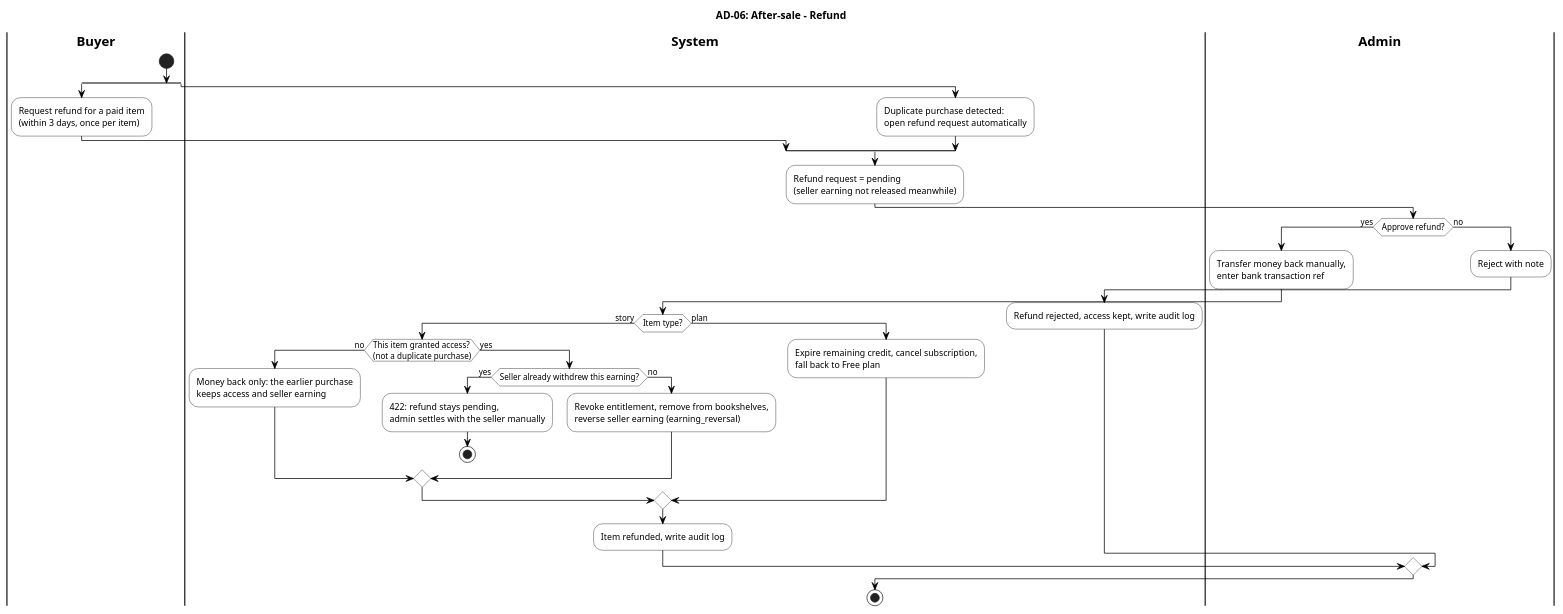
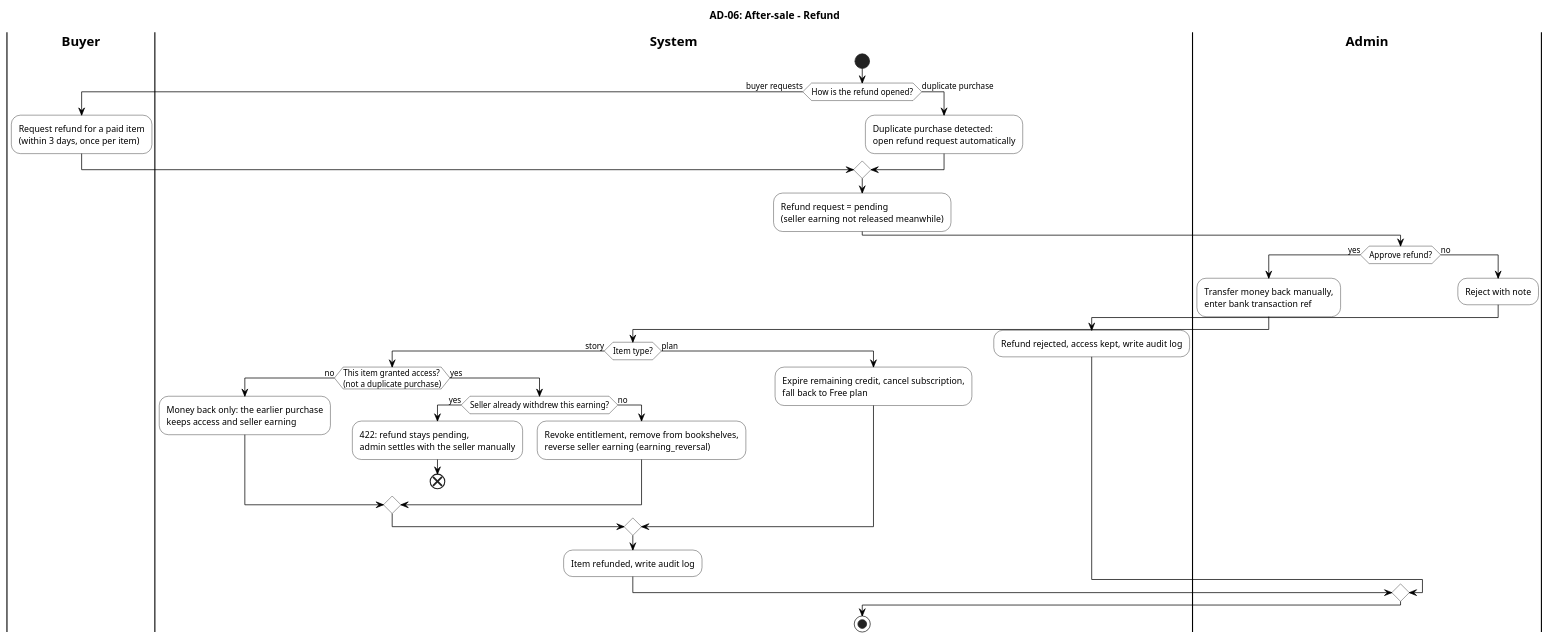
The diagram in docs/diagrams/activity/AD-06-refund.puml (SEP490-GFA26SE186/BE), drawn with PlantUML before and after one commit. The commit also changed 10 other files, not shown here.

First line of the commit message:
Refactor refund activity diagrams for clarity and consistency

```diff
--- a/docs/diagrams/activity/AD-06-refund.puml
+++ b/docs/diagrams/activity/AD-06-refund.puml
@@ -1,54 +1,55 @@
 @startuml AD-06-refund
 title AD-06: After-sale - Refund
 skinparam defaultFontName Arial
 skinparam shadowing false
 skinparam ArrowColor #000000
 skinparam ActivityBackgroundColor #FFFFFF
 skinparam ActivityBorderColor #000000
 skinparam ActivityDiamondBackgroundColor #FFFFFF
 skinparam ActivityDiamondBorderColor #000000
 skinparam SwimlaneBorderColor #000000
 skinparam SwimlaneTitleFontStyle bold
 
 |Buyer|
 |System|
 |Admin|
 
-|Buyer|
+|System|
 start
-split
+if (How is the refund opened?) then (buyer requests)
   |Buyer|
   :Request refund for a paid item\n(within 3 days, once per item);
-split again
+else (duplicate purchase)
   |System|
   :Duplicate purchase detected:\nopen refund request automatically;
-end split
+endif
 |System|
 :Refund request = pending\n(seller earning not released meanwhile);
 |Admin|
 if (Approve refund?) then (yes)
   :Transfer money back manually,\nenter bank transaction ref;
   |System|
   if (Item type?) then (story)
     if (This item granted access?\n(not a duplicate purchase)) then (no)
       :Money back only: the earlier purchase\nkeeps access and seller earning;
     else (yes)
       if (Seller already withdrew this earning?) then (yes)
         :422: refund stays pending,\nadmin settles with the seller manually;
-        stop
+        end
       else (no)
         :Revoke entitlement, remove from bookshelves,\nreverse seller earning (earning_reversal);
       endif
     endif
   else (plan)
     :Expire remaining credit, cancel subscription,\nfall back to Free plan;
   endif
   :Item refunded, write audit log;
 else (no)
   |Admin|
   :Reject with note;
   |System|
   :Refund rejected, access kept, write audit log;
 endif
+|System|
 stop
 @enduml
```
